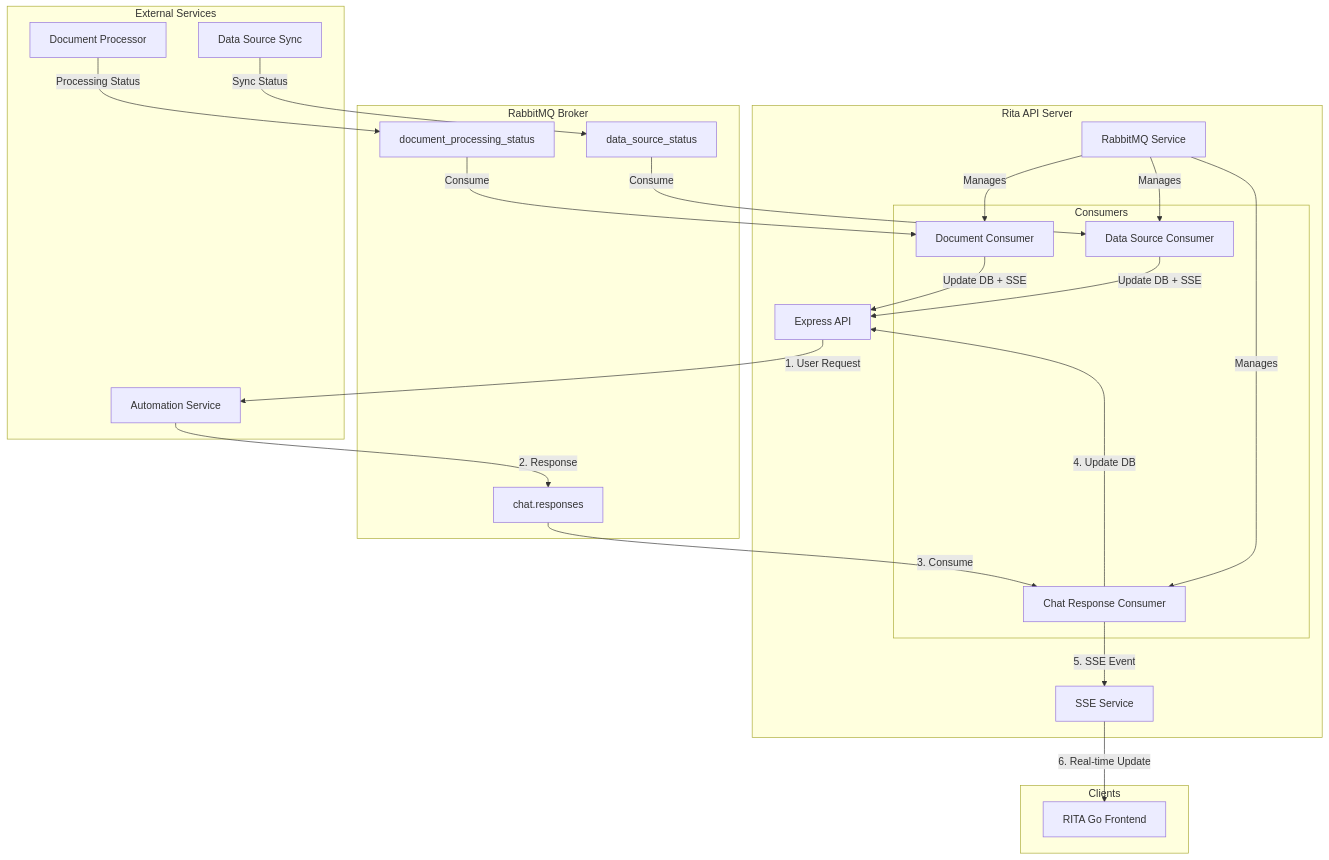
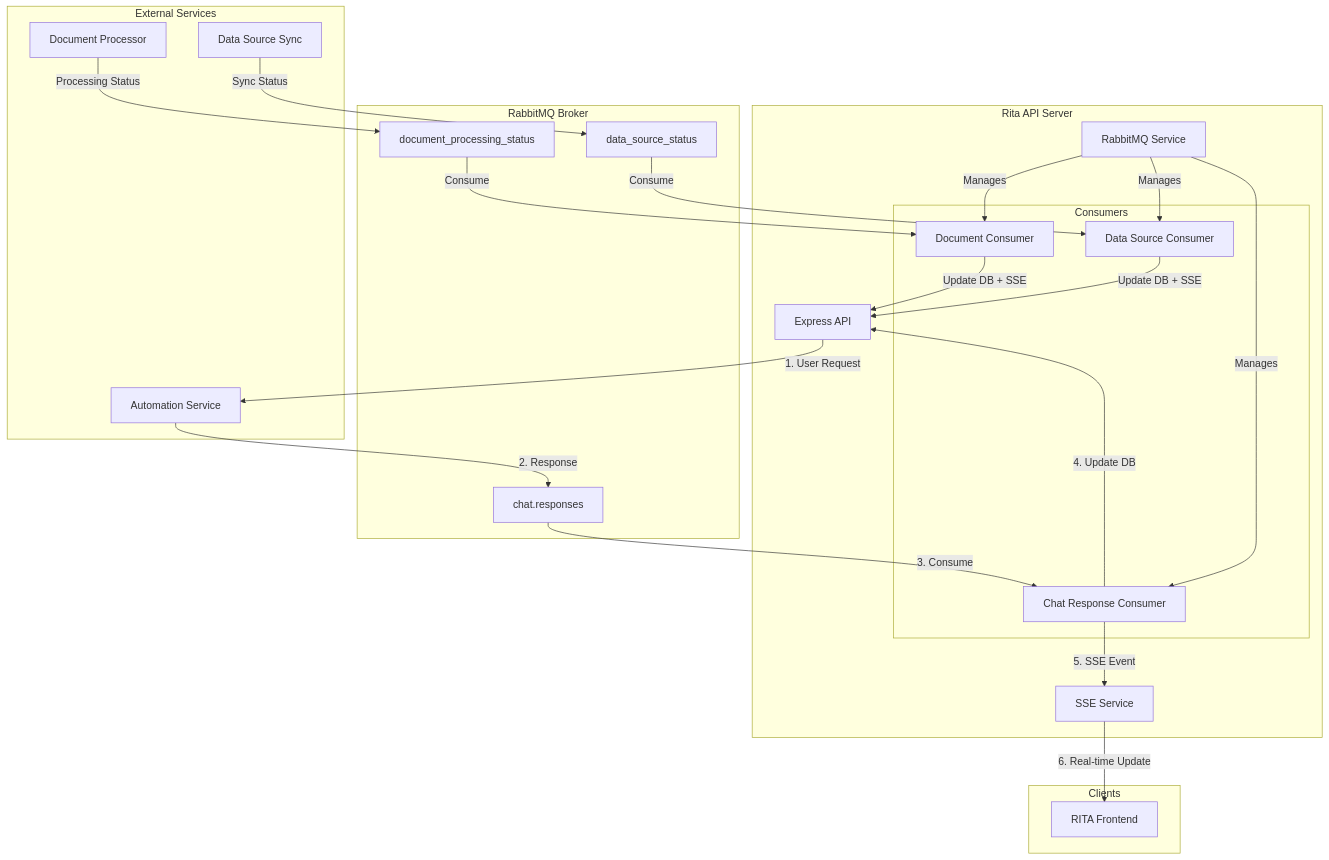
The first of 7 diagrams in docs/architecture/rabbitmq-setup.md (ewilhelmy-resolve/resolve-prototypes), drawn with Mermaid before and after one commit. The commit also changed other lines of this file and 65 other files, not shown here.

````diff
--- a/docs/architecture/rabbitmq-setup.md
+++ b/docs/architecture/rabbitmq-setup.md
@@ -42,49 +42,49 @@
 ```mermaid
 graph TB
     subgraph "Rita API Server"
         API[Express API]
         RMQ[RabbitMQ Service]
         SSE[SSE Service]
 
         subgraph "Consumers"
             ChatConsumer[Chat Response Consumer]
             DSConsumer[Data Source Consumer]
             DocConsumer[Document Consumer]
         end
     end
 
     subgraph "RabbitMQ Broker"
         Q1[chat.responses]
         Q2[data_source_status]
         Q3[document_processing_status]
     end
 
     subgraph "External Services"
         ExtService[Automation Service]
         DocProcessor[Document Processor]
         DSSync[Data Source Sync]
     end
 
     subgraph "Clients"
-        Frontend[RITA Go Frontend]
+        Frontend[RITA Frontend]
     end
 
     API -->|1. User Request| ExtService
     ExtService -->|2. Response| Q1
     Q1 -->|3. Consume| ChatConsumer
     ChatConsumer -->|4. Update DB| API
     ChatConsumer -->|5. SSE Event| SSE
     SSE -->|6. Real-time Update| Frontend
 
     DSSync -->|Sync Status| Q2
     Q2 -->|Consume| DSConsumer
     DSConsumer -->|Update DB + SSE| API
 
     DocProcessor -->|Processing Status| Q3
     Q3 -->|Consume| DocConsumer
     DocConsumer -->|Update DB + SSE| API
 
     RMQ -->|Manages| ChatConsumer
     RMQ -->|Manages| DSConsumer
     RMQ -->|Manages| DocConsumer
 ```
````
